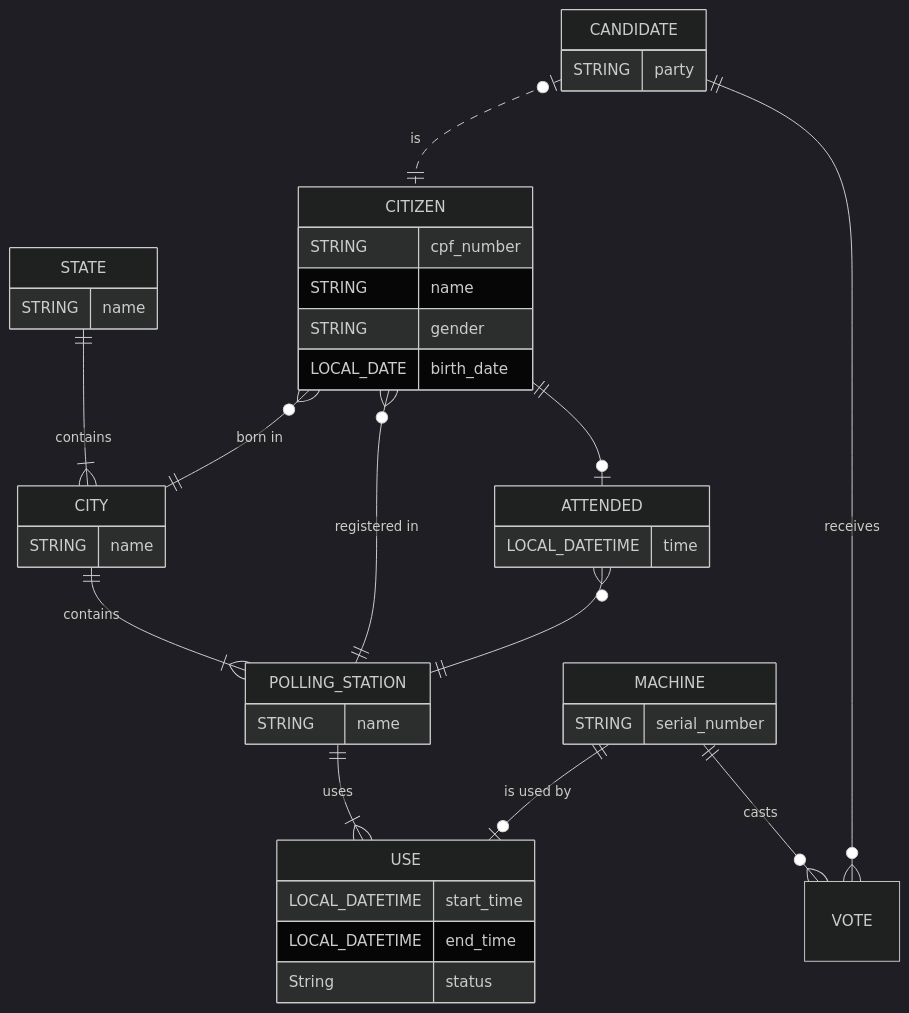
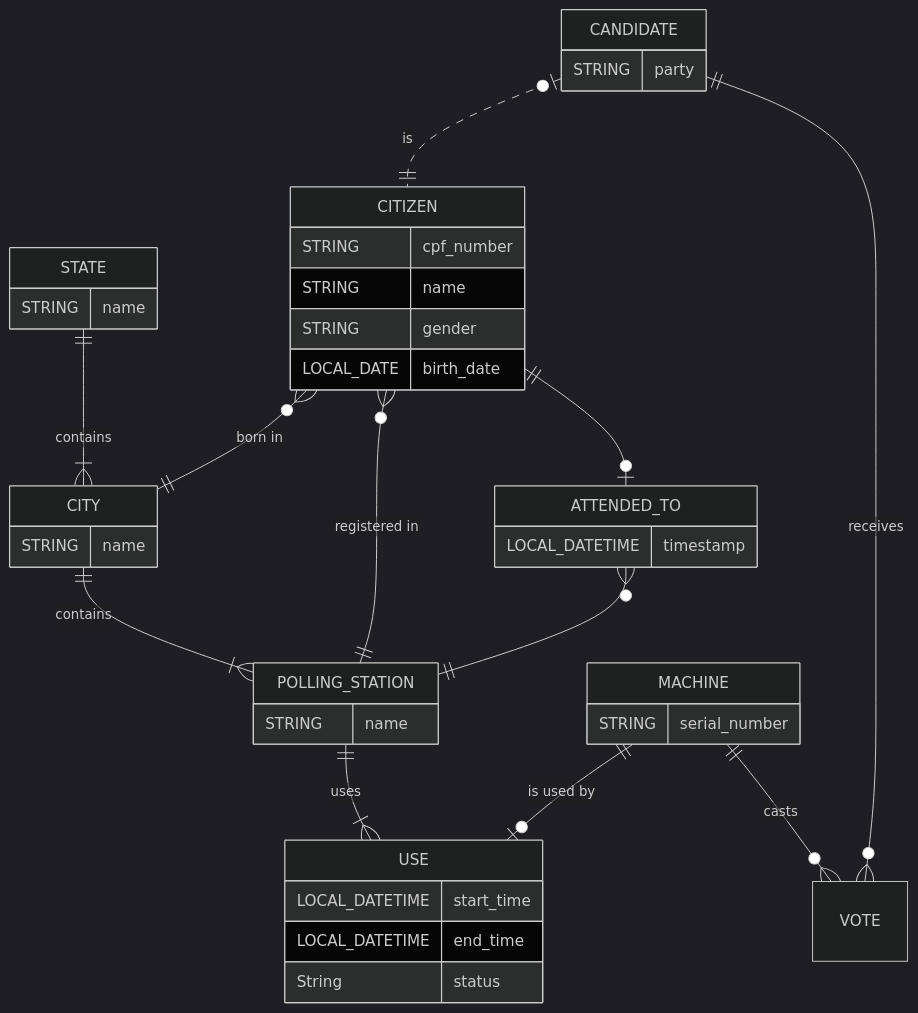
The diagram in README.md (gabdumal/dcc077), drawn with Mermaid (dark theme) before and after one commit. The commit also changed 8 other files, not shown here.

````diff
--- a/README.md
+++ b/README.md
@@ -9,57 +9,57 @@
 ```mermaid
 
 erDiagram
 
   STATE {
     STRING name
   }
   STATE ||--|{ CITY : "contains"
 
   CITY {
     STRING name
   }
 
   CITIZEN {
     STRING cpf_number
     STRING name
     %% May be "MASCULINE", "FEMININE", or "NEUTRAL"
     STRING gender
     LOCAL_DATE birth_date
   }
   CITIZEN }o--|| CITY : "born in"
   CITIZEN }o--|| POLLING_STATION : "registered in"
-  CITIZEN ||--o| ATTENDED : ""
+  CITIZEN ||--o| ATTENDED_TO : ""
 
-  ATTENDED {
-    LOCAL_DATETIME time
+  ATTENDED_TO {
+    LOCAL_DATETIME timestamp
   }
-  ATTENDED }o--|| POLLING_STATION : ""
+  ATTENDED_TO }o--|| POLLING_STATION : ""
 
   POLLING_STATION {
     STRING name
   }
   CITY ||--|{ POLLING_STATION : "contains"
 
   MACHINE {
     STRING serial_number
   }
 
   USE {
     LOCAL_DATETIME start_time
     LOCAL_DATETIME end_time
     String status
   }
   POLLING_STATION ||--|{ USE : "uses"
   MACHINE ||--o| USE : "is used by"
 
   CANDIDATE {
     STRING party
   }
   CANDIDATE |o..|| CITIZEN : "is"
 
   VOTE {
   }
   MACHINE ||--o{ VOTE : "casts"
   CANDIDATE ||--o{ VOTE : "receives"
 
 ```
````
